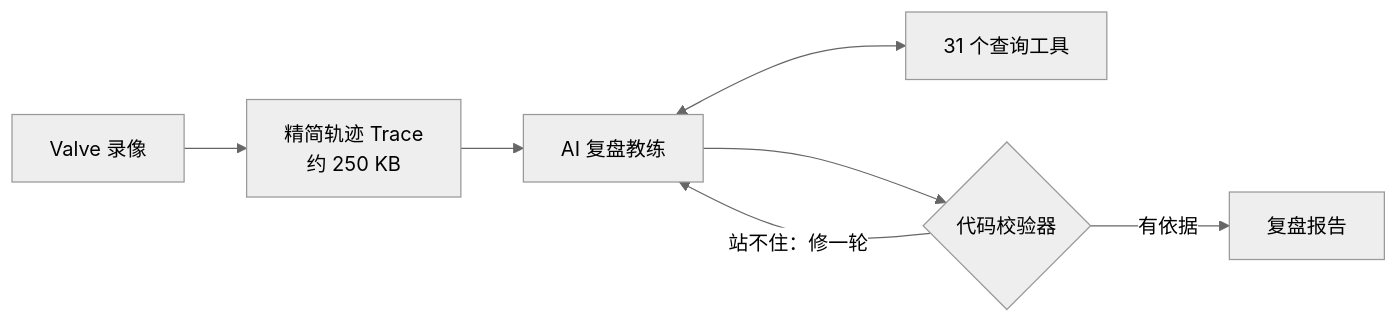
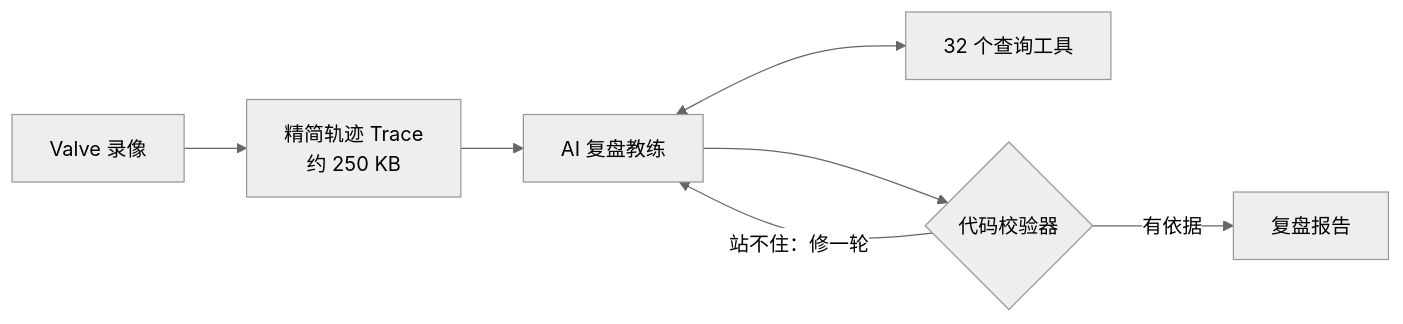
The diagram in README.zh-CN.md (qianhaoq/dota2.ai), drawn with Mermaid (neutral theme) before and after one commit. The commit also changed other lines of this file and 12 other files, not shown here.

````diff
--- a/README.zh-CN.md
+++ b/README.zh-CN.md
@@ -152,9 +152,9 @@
 ```mermaid
 flowchart LR
     R["Valve 录像"] --> T["精简轨迹 Trace<br/>约 250 KB"]
     T --> A["AI 复盘教练"]
-    A <--> L["31 个查询工具"]
+    A <--> L["32 个查询工具"]
     A --> V{"代码校验器"}
     V -- "站不住：修一轮" --> A
     V -- "有依据" --> D["复盘报告"]
 ```
````
